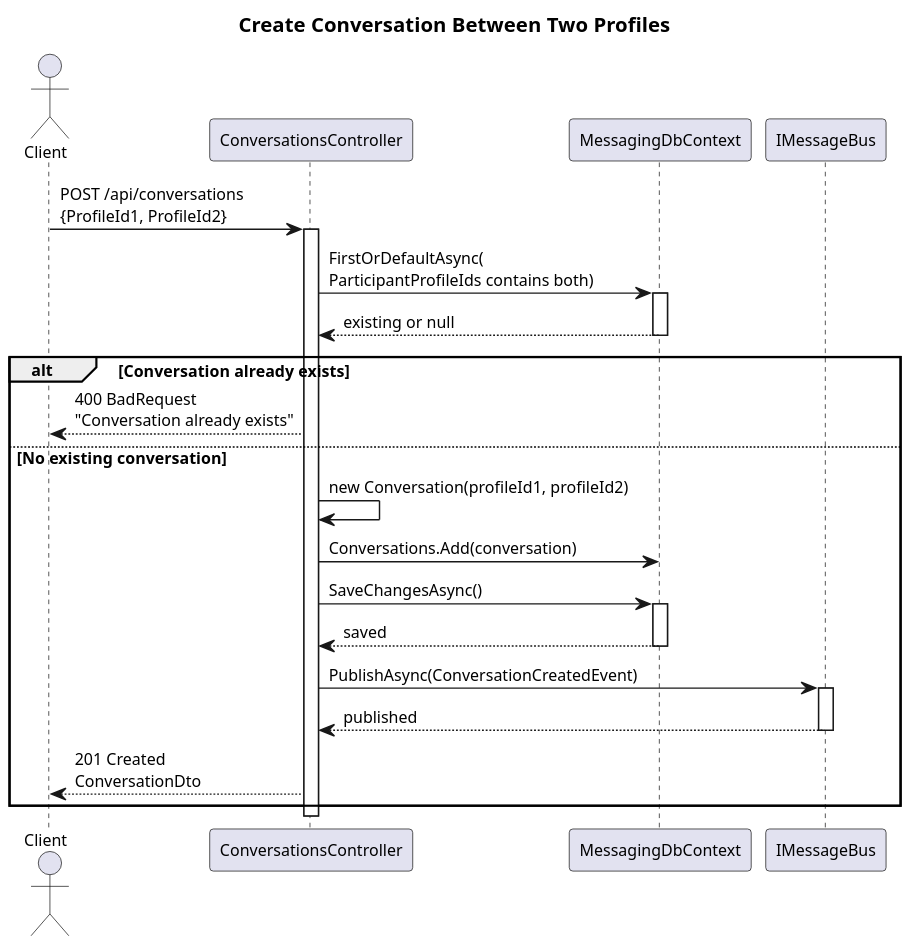
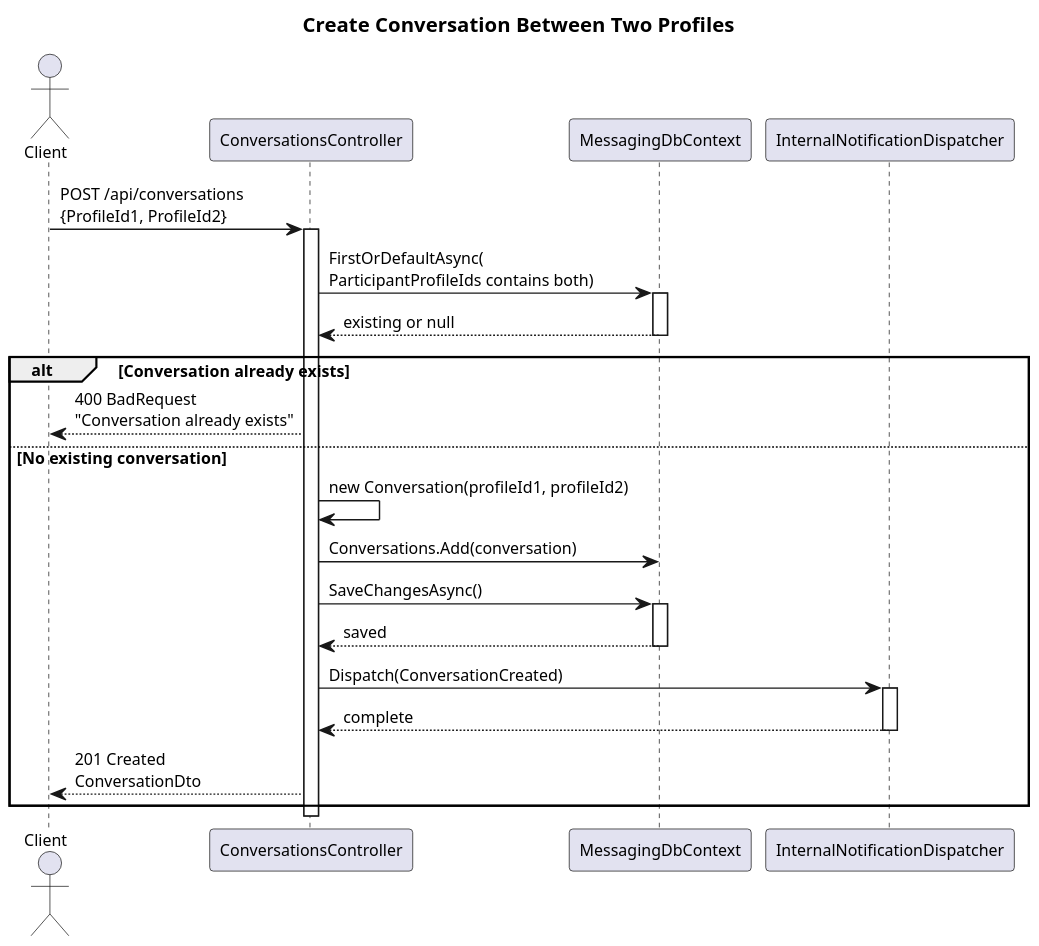
One commit to QuinntyneBrown/Coop changed the diagram in docs/detailed-designs/07-messaging-system/sequence-create-conversation.puml. Above: the diagram before and after it, drawn with PlantUML. The commit also changed 10 other files, not shown here.

Commit message:
Update PlantUML diagrams for messaging, onboarding, theme, and API layer

```diff
--- a/docs/detailed-designs/07-messaging-system/sequence-create-conversation.puml
+++ b/docs/detailed-designs/07-messaging-system/sequence-create-conversation.puml
@@ -1,38 +1,38 @@
 @startuml sequence-create-conversation
 skinparam dpi 150
 skinparam defaultFontSize 11
 title Create Conversation Between Two Profiles
 
 actor Client
 participant "ConversationsController" as Ctrl
 participant "MessagingDbContext" as Db
-participant "IMessageBus" as Bus
+participant "InternalNotificationDispatcher" as Dispatcher
 
 Client -> Ctrl : POST /api/conversations\n{ProfileId1, ProfileId2}
 activate Ctrl
 
 Ctrl -> Db : FirstOrDefaultAsync(\nParticipantProfileIds contains both)
 activate Db
 Db --> Ctrl : existing or null
 deactivate Db
 
 alt Conversation already exists
   Ctrl --> Client : 400 BadRequest\n"Conversation already exists"
 else No existing conversation
   Ctrl -> Ctrl : new Conversation(profileId1, profileId2)
   Ctrl -> Db : Conversations.Add(conversation)
   Ctrl -> Db : SaveChangesAsync()
   activate Db
   Db --> Ctrl : saved
   deactivate Db
 
-  Ctrl -> Bus : PublishAsync(ConversationCreatedEvent)
-  activate Bus
-  Bus --> Ctrl : published
-  deactivate Bus
+  Ctrl -> Dispatcher : Dispatch(ConversationCreated)
+  activate Dispatcher
+  Dispatcher --> Ctrl : complete
+  deactivate Dispatcher
 
   Ctrl --> Client : 201 Created\nConversationDto
 end
 
 deactivate Ctrl
 @enduml
```
